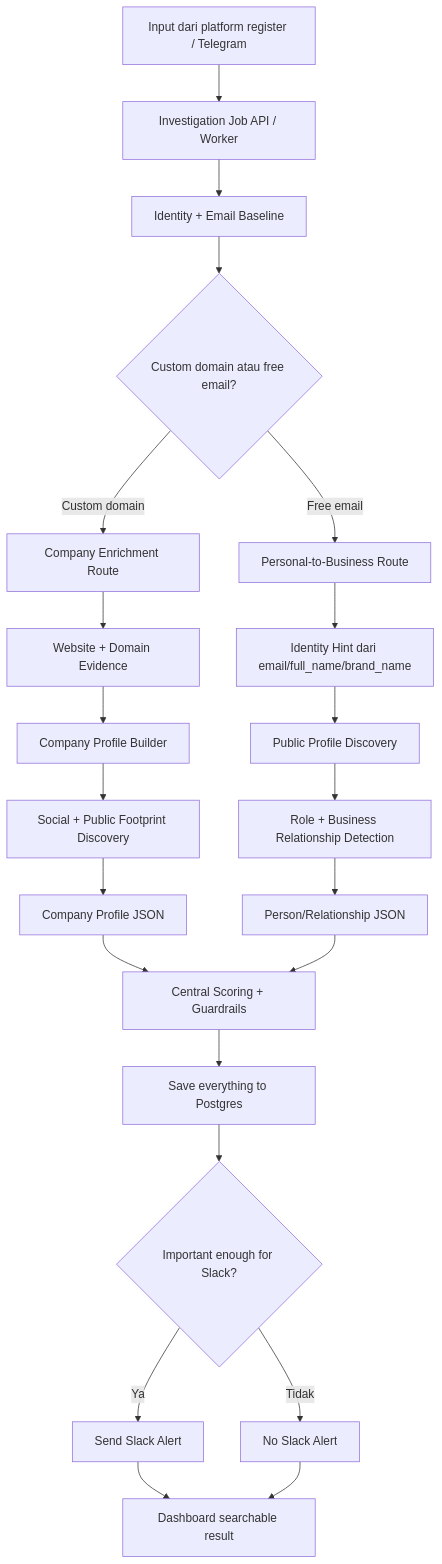
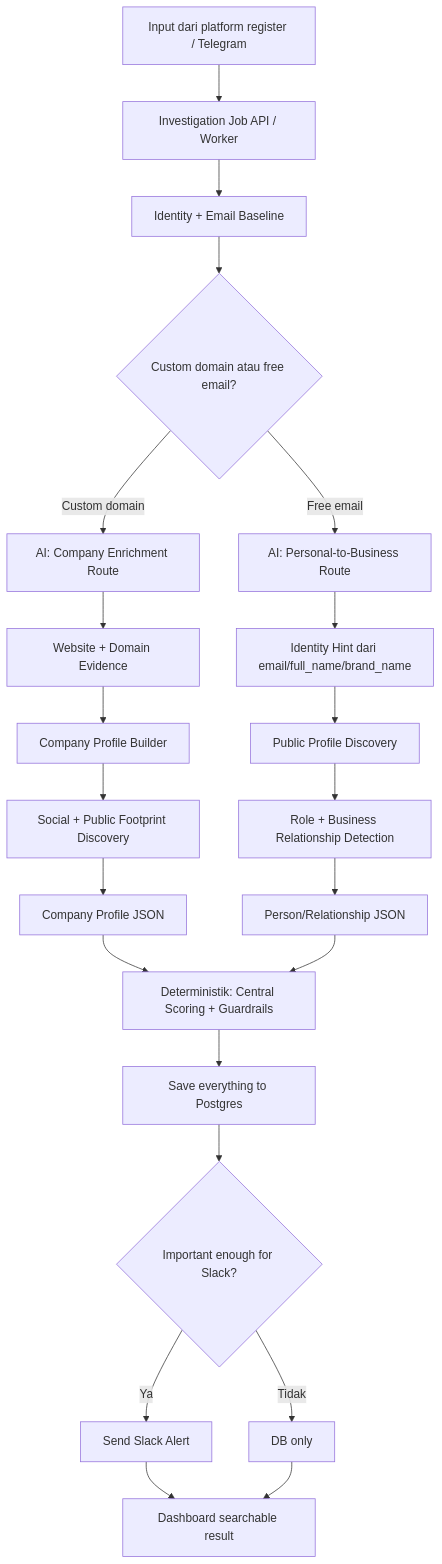
The third of 3 diagrams in docs/product/HIGH_LEVEL_BUSINESS_FLOW.md (nunutech40/company-detector-bot), drawn with Mermaid before and after one commit. The commit also changed other lines of this file, not shown here.

First line of the commit message:
flowchart: update HIGH_LEVEL_BUSINESS_FLOW untuk Phase A aktif

````diff
--- a/docs/product/HIGH_LEVEL_BUSINESS_FLOW.md
+++ b/docs/product/HIGH_LEVEL_BUSINESS_FLOW.md
@@ -202,28 +178,28 @@
 ```mermaid
 flowchart TD
     A[Input dari platform register / Telegram] --> B[Investigation Job API / Worker]
     B --> C[Identity + Email Baseline]
     C --> D{Custom domain atau free email?}
 
-    D -- Custom domain --> E[Company Enrichment Route]
+    D -- Custom domain --> E[AI: Company Enrichment Route]
     E --> F[Website + Domain Evidence]
     F --> G[Company Profile Builder]
     G --> H[Social + Public Footprint Discovery]
     H --> I[Company Profile JSON]
 
-    D -- Free email --> J[Personal-to-Business Route]
+    D -- Free email --> J[AI: Personal-to-Business Route]
     J --> K[Identity Hint dari email/full_name/brand_name]
     K --> L[Public Profile Discovery]
     L --> M[Role + Business Relationship Detection]
     M --> N[Person/Relationship JSON]
 
-    I --> O[Central Scoring + Guardrails]
+    I --> O[Deterministik: Central Scoring + Guardrails]
     N --> O
 
     O --> P[Save everything to Postgres]
     P --> Q{Important enough for Slack?}
     Q -- Ya --> R[Send Slack Alert]
-    Q -- Tidak --> S[No Slack Alert]
+    Q -- Tidak --> S[DB only]
     R --> T[Dashboard searchable result]
     S --> T
 ```
````
